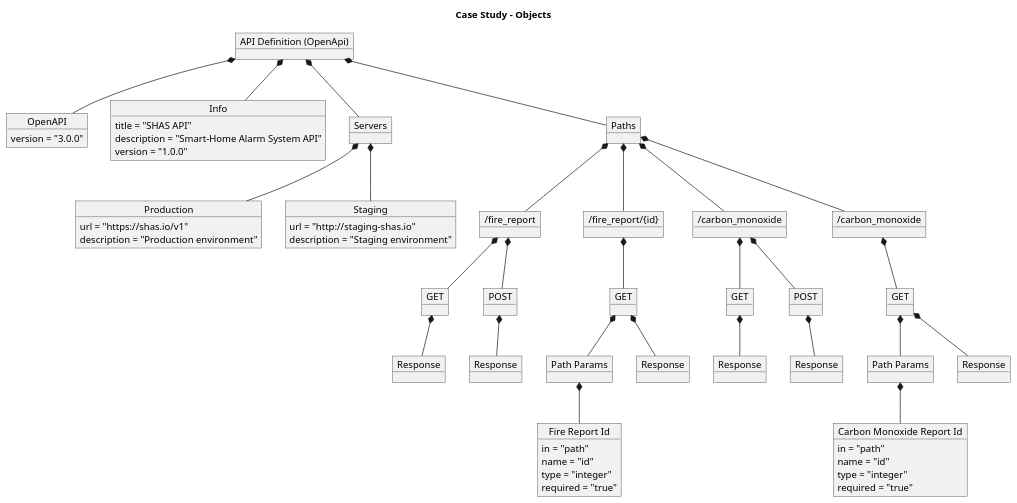
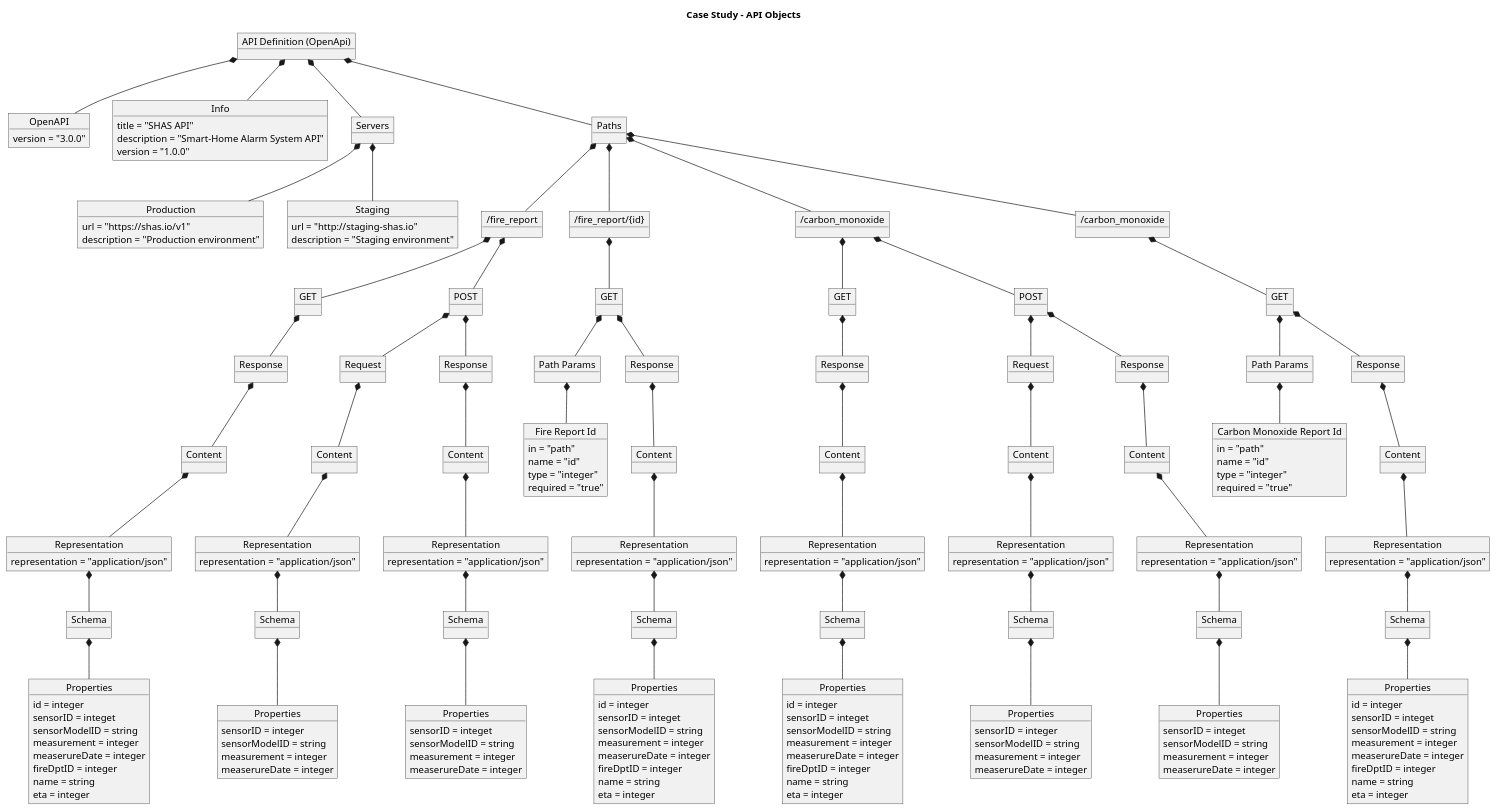
Before and after one commit to AndesRafa/IoT_Challenge8: the diagram in 06.Conflict_Solver/03.SHAS_REST_API__Object.puml, drawn with PlantUML. The commit also changed 1 other file, not shown here.

Commit message:
Added SHAS_REST_API object view. Pending Class view

```diff
--- a/06.Conflict_Solver/03.SHAS_REST_API__Object.puml
+++ b/06.Conflict_Solver/03.SHAS_REST_API__Object.puml
@@ -1,6 +1,6 @@
 @startuml
 '** Title **'
-title Case Study - Objects
+title Case Study - API Objects
 
 '** Diagram Direction **'
 'left to right direction'
@@ -67,6 +67,40 @@
     required = "true"
 }
 
+'** Request **'
+object "Request" as firerep_post_req
+object "Request" as corep_post_req
+
+'** Request - Content **'
+object "Content" as firerep_post_req_cont
+object "Content" as corep_post_req_cont
+
+'** Request - Content - Representation **'
+object "Representation" as firerep_post_req_rep {
+    representation = "application/json"
+}
+object "Representation" as corep_post_req_rep {
+    representation = "application/json"
+}
+
+'** Request - Content - Schema **'
+object "Schema" as firerep_post_req_schema
+object "Schema" as corep_post_req_schema
+
+'** Request - Content - Schema - Properties **'
+object "Properties" as firerep_post_req_schema_prop {
+    sensorID = integer
+    sensorModelID = string
+    measurement = integer
+    measerureDate = integer
+}
+object "Properties" as corep_post_req_schema_prop {
+    sensorID = integer
+    sensorModelID = string
+    measurement = integer
+    measerureDate = integer
+}
+
 '** Response **'
 object "Response" as firerep_get_resp
 object "Response" as firerep_post_resp
@@ -75,25 +109,114 @@
 object "Response" as corep_post_resp
 object "Response" as corepid_get_resp
 
+'** Response - Content **'
+object "Content" as firerep_get_resp_cont
+object "Content" as firerep_post_resp_cont
+object "Content" as firerepid_get_resp_cont
+object "Content" as corep_get_resp_cont
+object "Content" as corep_post_resp_cont
+object "Content" as corepid_get_resp_cont
+
+'** Response - Content - Representation **'
+object "Representation" as firerep_get_resp_rep {
+    representation = "application/json"
+}
+object "Representation" as firerep_post_resp_rep {
+    representation = "application/json"
+}
+object "Representation" as firerepid_get_resp_rep {
+    representation = "application/json"
+}
+object "Representation" as corep_get_resp_rep {
+    representation = "application/json"
+}
+object "Representation" as corep_post_resp_rep {
+    representation = "application/json"
+}
+object "Representation" as corepid_get_resp_rep {
+    representation = "application/json"
+}
+
+'** Response - Content - Schema **'
+object "Schema" as firerep_get_resp_schema
+object "Schema" as firerep_post_resp_schema
+object "Schema" as firerepid_get_resp_schema
+object "Schema" as corep_get_resp_schema
+object "Schema" as corep_post_resp_schema
+object "Schema" as corepid_get_resp_schema
+
+'** Response - Content - Schema - Properties **'
+object "Properties" as firerep_get_resp_schema_prop {
+    id = integer
+    sensorID = integet
+    sensorModelID = string
+    measurement = integer
+    measerureDate = integer
+    fireDptID = integer
+    name = string
+    eta = integer
+}
+object "Properties" as firerep_post_resp_schema_prop {
+    sensorID = integet
+    sensorModelID = string
+    measurement = integer
+    measerureDate = integer
+}
+object "Properties" as firerepid_get_resp_schema_prop {
+    id = integer
+    sensorID = integet
+    sensorModelID = string
+    measurement = integer
+    measerureDate = integer
+    fireDptID = integer
+    name = string
+    eta = integer
+}
+object "Properties" as corep_get_resp_schema_prop {
+    id = integer
+    sensorID = integet
+    sensorModelID = string
+    measurement = integer
+    measerureDate = integer
+    fireDptID = integer
+    name = string
+    eta = integer
+}
+object "Properties" as corep_post_resp_schema_prop {
+    sensorID = integet
+    sensorModelID = string
+    measurement = integer
+    measerureDate = integer
+}
+object "Properties" as corepid_get_resp_schema_prop {
+    id = integer
+    sensorID = integet
+    sensorModelID = string
+    measurement = integer
+    measerureDate = integer
+    fireDptID = integer
+    name = string
+    eta = integer
+}
 
 '/////////// RELATIONS ///////////'
-'** Relations - API **'
+'** API **'
 apidef *-- api_openapi
 apidef *-- api_info
 apidef *-- api_servers
 apidef *-- api_paths
 
-'** Relations - Servers **'
+'** Servers **'
 api_servers *-- server_prod
 api_servers *-- server_stg
 
-'** Relations - Paths **'
+'** Paths **'
 api_paths *-- path_firerep
 api_paths *-- path_firerepid
 api_paths *-- path_corep
 api_paths *-- path_corepid
 
-'** Relations - Verbs **'
+'** Verbs **'
 path_firerep *-- firerep_get
 path_firerep *-- firerep_post
 path_firerepid *-- firerepid_get
@@ -101,15 +224,35 @@
 path_corep *-- corep_post
 path_corepid *-- corepid_get
 
-'** Relations - Verbs - Path Params **'
+'** Verbs - Path Params **'
 firerepid_get *-- firerepid_get_params
 corepid_get *-- corepid_get_params
 
-'** Relations - Verbs - Path Params - Ids **'
+'** Verbs - Path Params - Ids **'
 firerepid_get_params *-- firerepid_get_params_id
 corepid_get_params *-- corepid_get_params_id
 
-'** Relations - Responses **'
+'** Requests **'
+firerep_post *-- firerep_post_req
+corep_post *-- corep_post_req
+
+'** Requests - Content **'
+firerep_post_req *-- firerep_post_req_cont
+corep_post_req *-- corep_post_req_cont
+
+'** Requests - Content - Representation **'
+firerep_post_req_cont *-- firerep_post_req_rep
+corep_post_req_cont *-- corep_post_req_rep
+
+'** Requests - Content - Representation - Schema **'
+firerep_post_req_rep *-- firerep_post_req_schema
+corep_post_req_rep *-- corep_post_req_schema
+
+'** Requests - Content - Representation - Properties **'
+firerep_post_req_schema *-- firerep_post_req_schema_prop
+corep_post_req_schema *-- corep_post_req_schema_prop
+
+'** Responses **'
 firerep_get *-- firerep_get_resp
 firerep_post *-- firerep_post_resp
 firerepid_get *-- firerepid_get_resp
@@ -117,4 +260,35 @@
 corep_post *-- corep_post_resp
 corepid_get *-- corepid_get_resp
 
+'** Responses - Content **'
+firerep_get_resp *-- firerep_get_resp_cont
+firerep_post_resp *-- firerep_post_resp_cont
+firerepid_get_resp *-- firerepid_get_resp_cont
+corep_get_resp *-- corep_get_resp_cont
+corep_post_resp *-- corep_post_resp_cont
+corepid_get_resp *-- corepid_get_resp_cont
+
+'** Responses - Content - Representation **'
+firerep_get_resp_cont *-- firerep_get_resp_rep
+firerep_post_resp_cont *-- firerep_post_resp_rep
+firerepid_get_resp_cont *-- firerepid_get_resp_rep
+corep_get_resp_cont *-- corep_get_resp_rep
+corep_post_resp_cont *-- corep_post_resp_rep
+corepid_get_resp_cont *-- corepid_get_resp_rep
+
+'** Responses - Content - Representation - Schema**'
+firerep_get_resp_rep *-- firerep_get_resp_schema
+firerep_post_resp_rep *-- firerep_post_resp_schema
+firerepid_get_resp_rep *-- firerepid_get_resp_schema
+corep_get_resp_rep *-- corep_get_resp_schema
+corep_post_resp_rep *-- corep_post_resp_schema
+corepid_get_resp_rep *-- corepid_get_resp_schema
+
+'** Responses - Content - Representation - Properties**'
+firerep_get_resp_schema *-- firerep_get_resp_schema_prop
+firerep_post_resp_schema *-- firerep_post_resp_schema_prop
+firerepid_get_resp_schema *-- firerepid_get_resp_schema_prop
+corep_get_resp_schema *-- corep_get_resp_schema_prop
+corep_post_resp_schema *-- corep_post_resp_schema_prop
+corepid_get_resp_schema *-- corepid_get_resp_schema_prop
 @enduml
```
